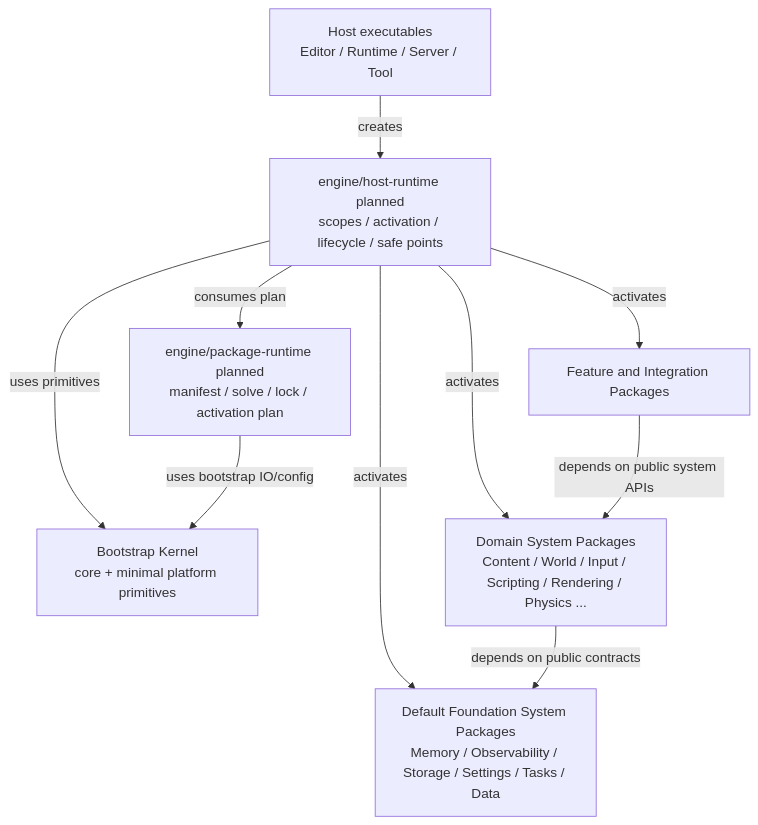
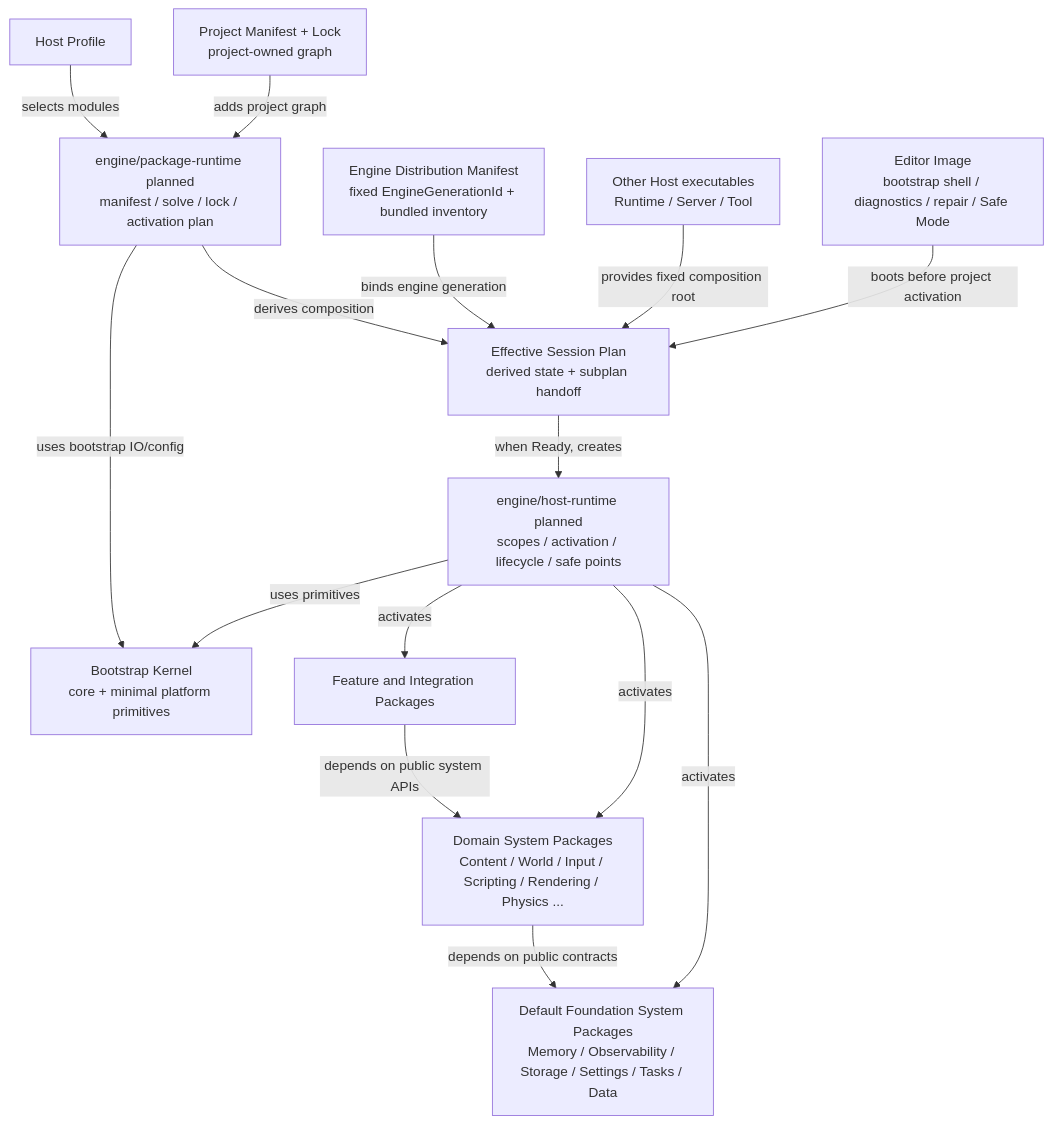
The first of 4 diagrams in docs/architecture/foundation-framework.md (66six11/Engine), drawn with Mermaid before and after one commit. The commit also changed other lines of this file and 14 other files, not shown here.

````diff
--- a/docs/architecture/foundation-framework.md
+++ b/docs/architecture/foundation-framework.md
@@ -26,20 +27,30 @@
 ```mermaid
 flowchart TB
-    Apps["Host executables\nEditor / Runtime / Server / Tool"]
+    EditorImage["Editor Image\nbootstrap shell / diagnostics / repair / Safe Mode"]
+    Apps["Other Host executables\nRuntime / Server / Tool"]
+    Distribution["Engine Distribution Manifest\nfixed EngineGenerationId + bundled inventory"]
+    Project["Project Manifest + Lock\nproject-owned graph"]
+    Profile["Host Profile"]
+    Session["Effective Session Plan\nderived state + subplan handoff"]
     Host["engine/host-runtime planned\nscopes / activation / lifecycle / safe points"]
     Package["engine/package-runtime planned\nmanifest / solve / lock / activation plan"]
     Kernel["Bootstrap Kernel\ncore + minimal platform primitives"]
     Foundation["Default Foundation System Packages\nMemory / Observability / Storage / Settings / Tasks / Data"]
     Domain["Domain System Packages\nContent / World / Input / Scripting / Rendering / Physics ..."]
     Features["Feature and Integration Packages"]
 
-    Apps -->|creates| Host
-    Host -->|consumes plan| Package
+    EditorImage -->|boots before project activation| Session
+    Apps -->|provides fixed composition root| Session
+    Distribution -->|binds engine generation| Session
+    Project -->|adds project graph| Package
+    Profile -->|selects modules| Package
+    Package -->|derives composition| Session
+    Session -->|when Ready, creates| Host
     Host -->|uses primitives| Kernel
     Host -->|activates| Foundation
     Host -->|activates| Domain
     Host -->|activates| Features
     Package -->|uses bootstrap IO/config| Kernel
     Domain -->|depends on public contracts| Foundation
     Features -->|depends on public system APIs| Domain
 ```
````
